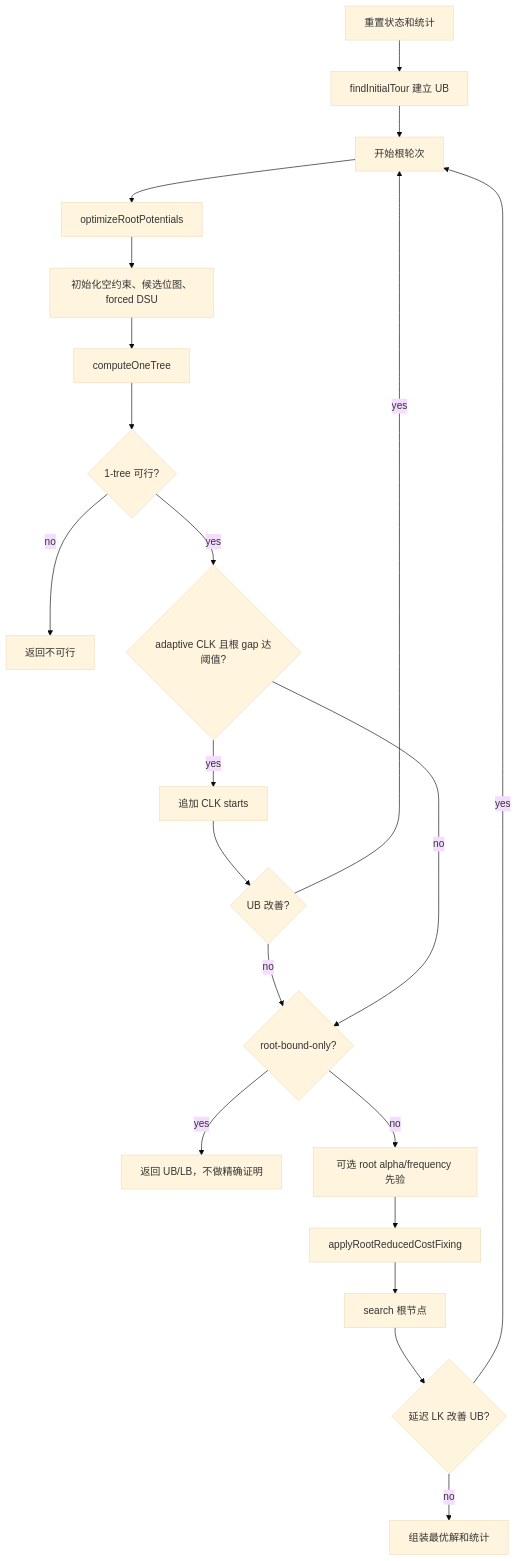
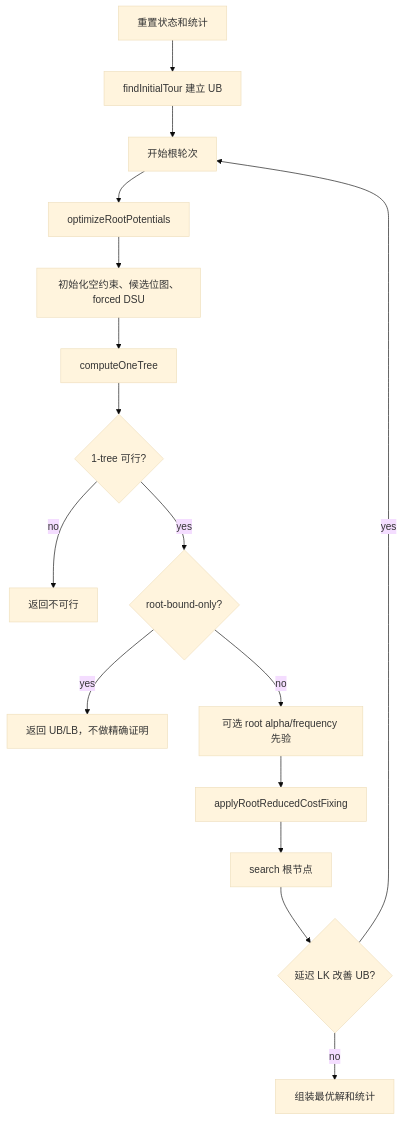
One commit to rAyanami-zqy/TSP changed the second of 3 diagrams in docs/CPHKMST-source-reading-guide.md. Above: the diagram before and after it, drawn with Mermaid (base theme). The commit also changed other lines of this file and 15 other files, not shown here.

````diff
--- a/docs/CPHKMST-source-reading-guide.md
+++ b/docs/CPHKMST-source-reading-guide.md
@@ -122,23 +127,18 @@
 ```mermaid
 flowchart TD
     Reset[重置状态和统计] --> UB[findInitialTour 建立 UB]
     UB --> RootLoop[开始根轮次]
     RootLoop --> Ascent[optimizeRootPotentials]
     Ascent --> State[初始化空约束、候选位图、forced DSU]
     State --> OneTree[computeOneTree]
     OneTree --> Feasible{1-tree 可行?}
     Feasible -- no --> Infeasible[返回不可行]
-    Feasible -- yes --> Adaptive{adaptive CLK 且根 gap 达阈值?}
-    Adaptive -- yes --> MoreCLK[追加 CLK starts]
-    MoreCLK --> Better{UB 改善?}
-    Better -- yes --> RootLoop
-    Better -- no --> BoundOnly
-    Adaptive -- no --> BoundOnly{root-bound-only?}
+    Feasible -- yes --> BoundOnly{root-bound-only?}
     BoundOnly -- yes --> ReturnBound[返回 UB/LB，不做精确证明]
     BoundOnly -- no --> Alpha[可选 root alpha/frequency 先验]
     Alpha --> Fix[applyRootReducedCostFixing]
     Fix --> Search[search 根节点]
     Search --> Restart{延迟 LK 改善 UB?}
     Restart -- yes --> RootLoop
     Restart -- no --> Result[组装最优解和统计]
 ```
````
